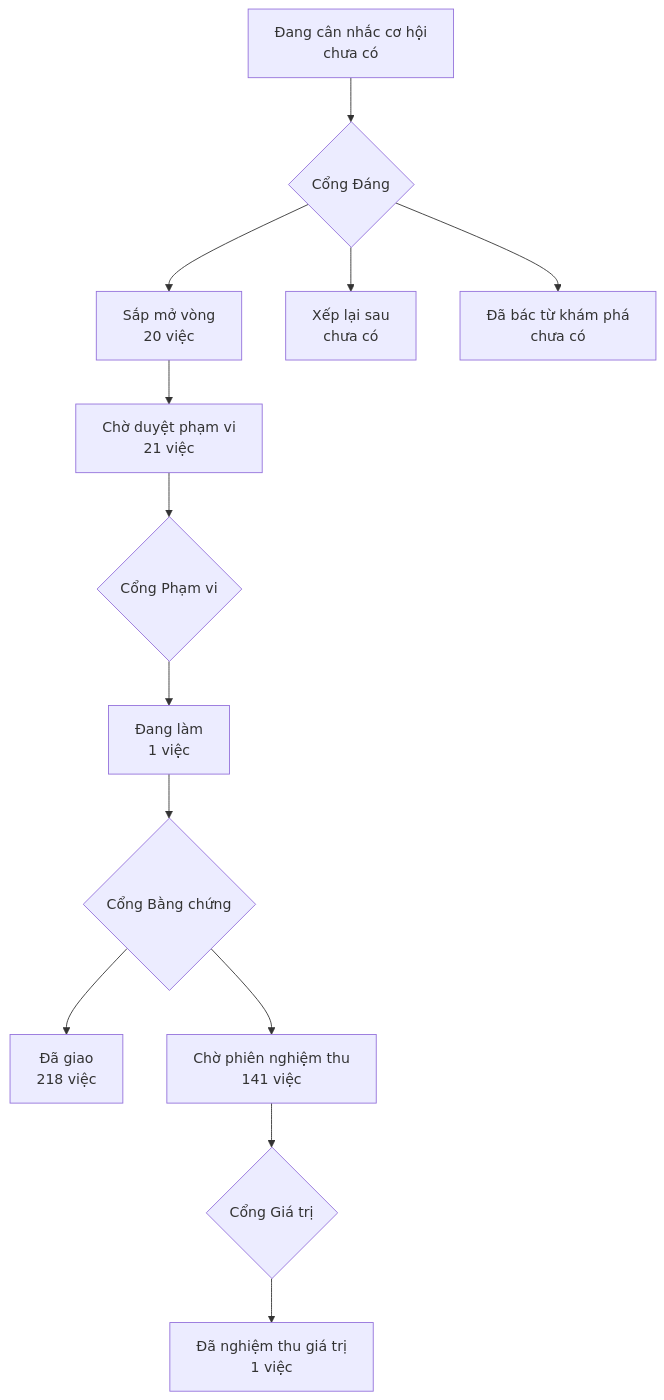
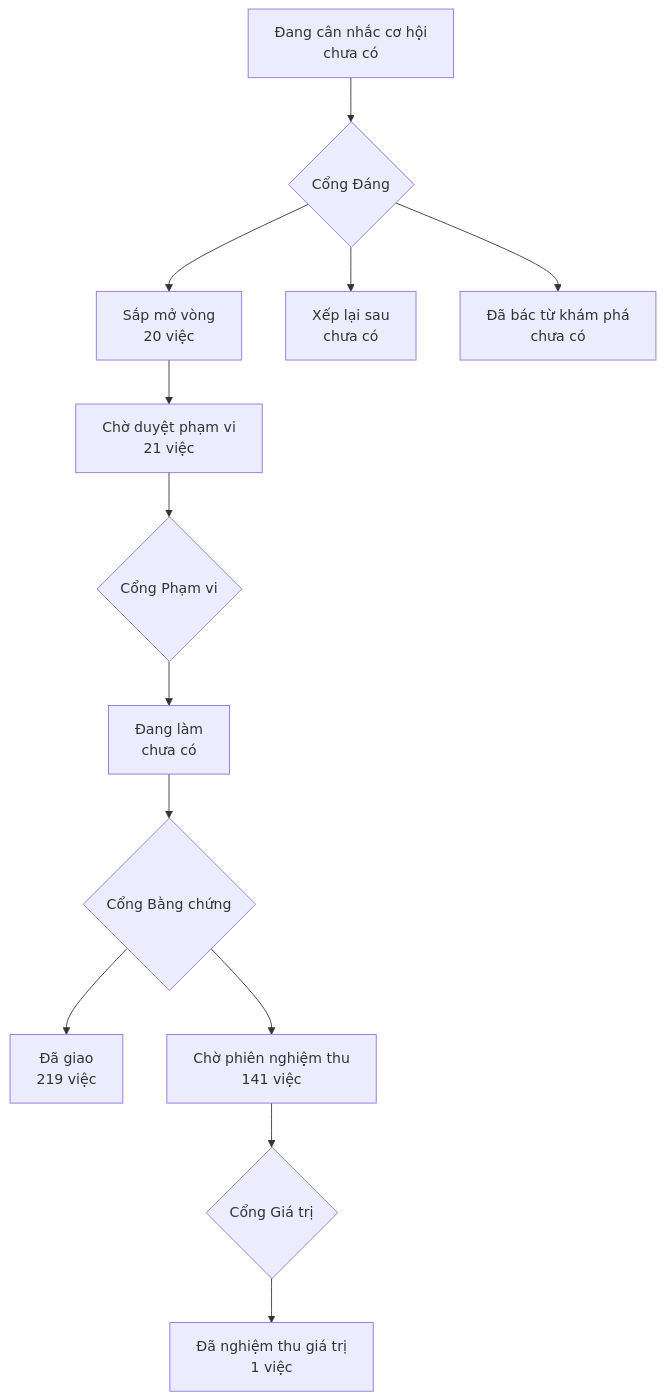
Before and after one commit to phanlemanh/onehub-invest: the diagram in PRODUCT-MAP.md, drawn with Mermaid. The commit also changed other lines of this file and 4 other files, not shown here.

````diff
--- a/PRODUCT-MAP.md
+++ b/PRODUCT-MAP.md
@@ -7,12 +7,12 @@
 ```mermaid
 flowchart TD
   A["Đang cân nhắc cơ hội<br/>chưa có"] --> GD{"Cổng Đáng"}
   GD --> B["Sắp mở vòng<br/>20 việc"]
   GD --> XL["Xếp lại sau<br/>chưa có"]
   GD --> DB["Đã bác từ khám phá<br/>chưa có"]
   B --> CD["Chờ duyệt phạm vi<br/>21 việc"] --> GP{"Cổng Phạm vi"}
-  GP --> DL["Đang làm<br/>1 việc"] --> GB{"Cổng Bằng chứng"}
-  GB --> DG["Đã giao<br/>218 việc"]
+  GP --> DL["Đang làm<br/>chưa có"] --> GB{"Cổng Bằng chứng"}
+  GB --> DG["Đã giao<br/>219 việc"]
   GB --> CN["Chờ phiên nghiệm thu<br/>141 việc"] --> GG{"Cổng Giá trị"}
   GG --> NT["Đã nghiệm thu giá trị<br/>1 việc"]
 ```
````
